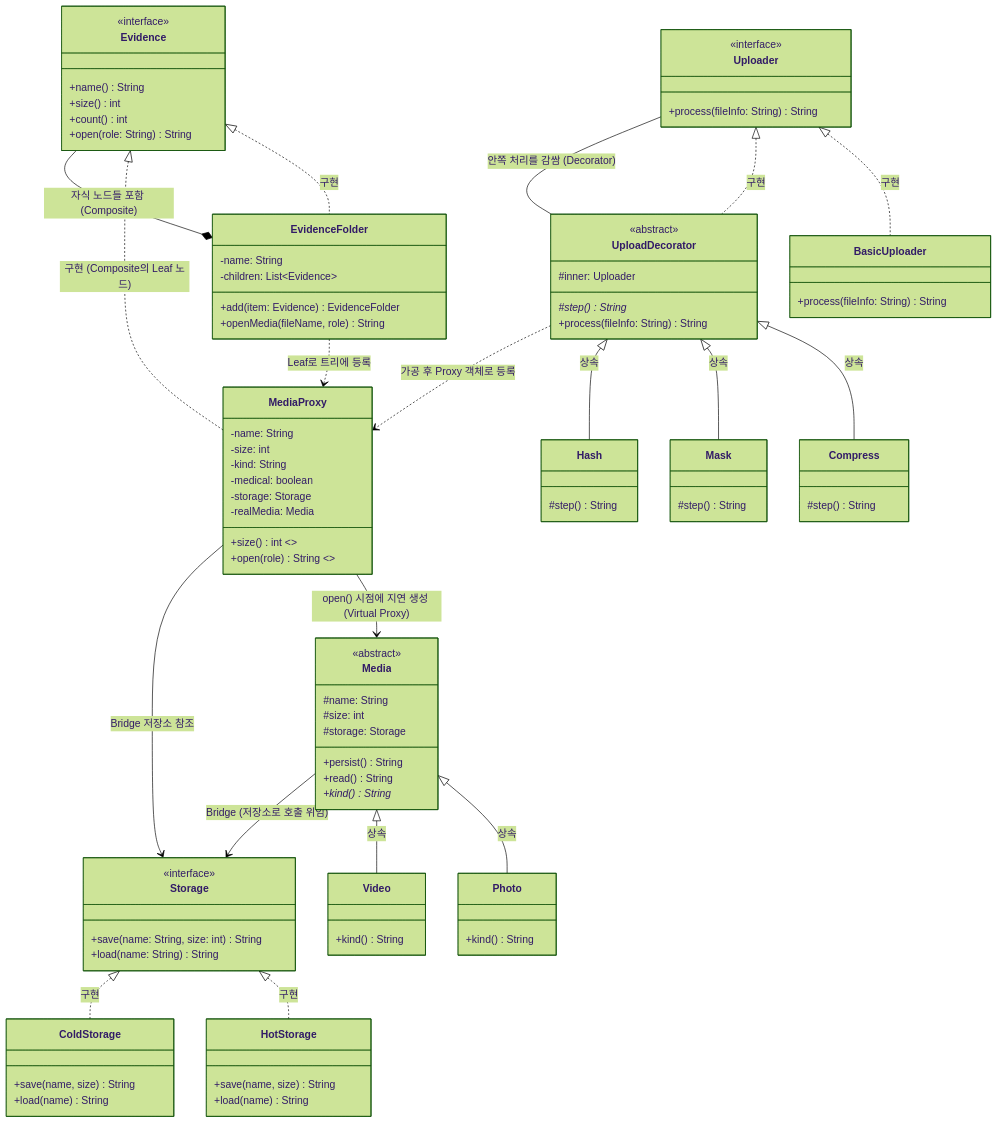
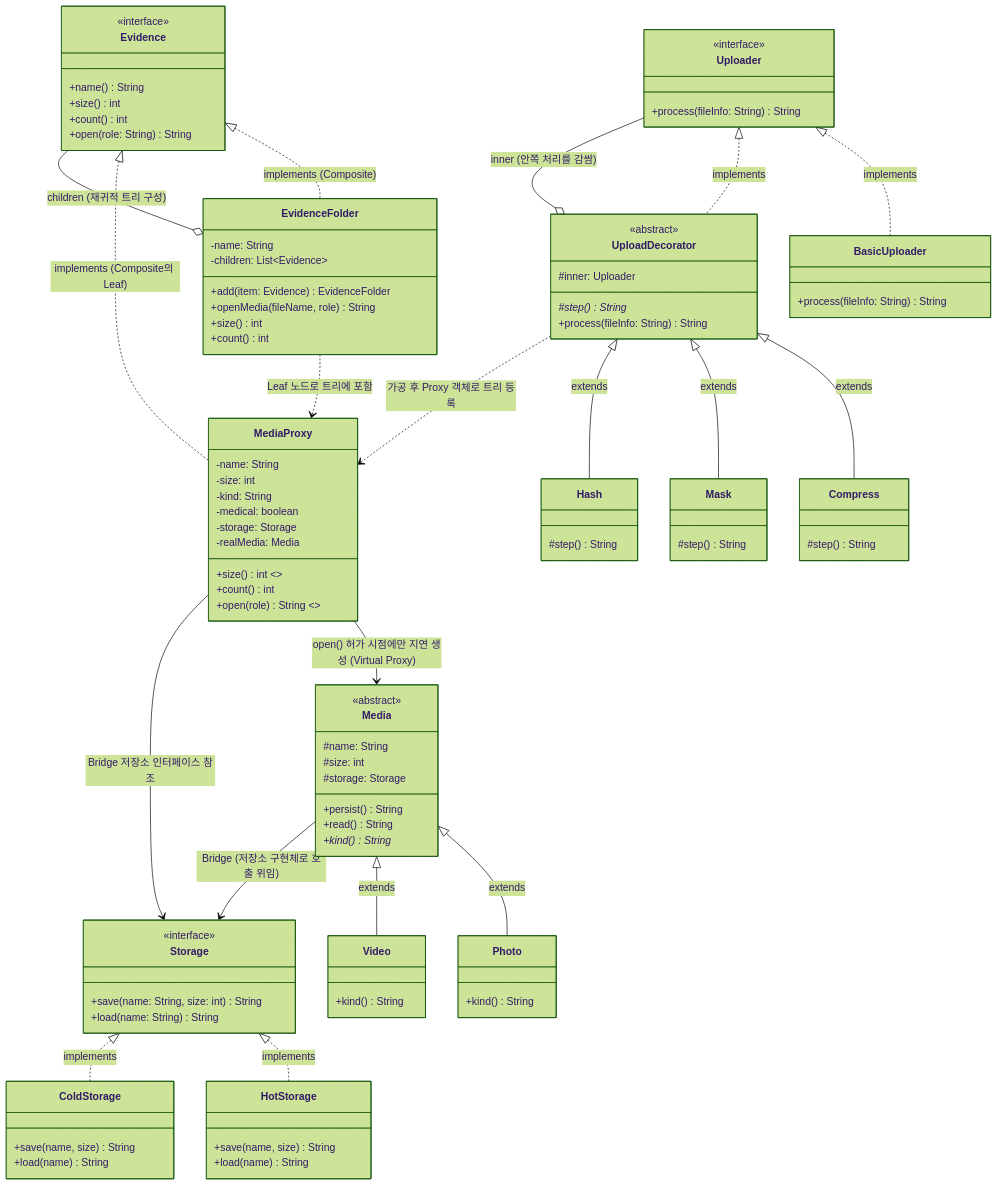
One commit to Data-MaSTeRR/samsung-aa-design-patterns changed the first of 5 diagrams in README.md. Above: the diagram before and after it, drawn with Mermaid (forest theme). The commit also changed other lines of this file and 61 other files, not shown here.

````diff
--- a/README.md
+++ b/README.md
@@ -28,10 +28,12 @@
         -children: List~Evidence~
         +add(item: Evidence) EvidenceFolder
         +openMedia(fileName, role) String
+        +size() int
+        +count() int
     }
 
-    Evidence <|.. EvidenceFolder : 구현
-    EvidenceFolder *-- Evidence : 자식 노드들 포함 (Composite)
+    Evidence <|.. EvidenceFolder : implements (Composite)
+    EvidenceFolder o-- Evidence : children (재귀적 트리 구성)
 
     %% ==========================================
     %% 2. PROXY PATTERN (접근 통제 & 지연 로딩)
@@ -44,13 +46,14 @@
         -storage: Storage
         -realMedia: Media
         +size() int  <<Virtual: 메타데이터만 응답>>
+        +count() int
         +open(role) String  <<Protection + 지연 로드>>
     }
 
-    Evidence <|.. MediaProxy : 구현 (Composite의 Leaf 노드)
-    EvidenceFolder ..> MediaProxy : Leaf로 트리에 등록
-    MediaProxy --> Media : open() 시점에 지연 생성 (Virtual Proxy)
-    MediaProxy --> Storage : Bridge 저장소 참조
+    Evidence <|.. MediaProxy : implements (Composite의 Leaf)
+    EvidenceFolder ..> MediaProxy : Leaf 노드로 트리에 포함
+    MediaProxy --> Media : open() 허가 시점에만 지연 생성 (Virtual Proxy)
+    MediaProxy --> Storage : Bridge 저장소 인터페이스 참조
 
     %% ==========================================
     %% 3. BRIDGE PATTERN (미디어 종류 × 저장소 분리)
@@ -87,11 +90,11 @@
         +load(name) String
     }
 
-    Media <|-- Photo : 상속
-    Media <|-- Video : 상속
-    Media --> Storage : Bridge (저장소로 호출 위임)
-    Storage <|.. HotStorage : 구현
-    Storage <|.. ColdStorage : 구현
+    Media <|-- Photo : extends
+    Media <|-- Video : extends
+    Media --> Storage : Bridge (저장소 구현체로 호출 위임)
+    Storage <|.. HotStorage : implements
+    Storage <|.. ColdStorage : implements
 
     %% ==========================================
     %% 4. DECORATOR PATTERN (전처리 가공 파이프라인)
@@ -122,13 +125,12 @@
         #step() String
     }
 
-    Uploader <|.. BasicUploader : 구현
-    Uploader <|.. UploadDecorator : 구현
-    UploadDecorator -- Uploader : 안쪽 처리를 감쌈 (Decorator)
-    UploadDecorator <|-- Compress : 상속
-    UploadDecorator <|-- Mask : 상속
-    UploadDecorator <|-- Hash : 상속
+    Uploader <|.. BasicUploader : implements
+    Uploader <|.. UploadDecorator : implements
+    UploadDecorator o-- Uploader : inner (안쪽 처리를 감쌈)
+    UploadDecorator <|-- Compress : extends
+    UploadDecorator <|-- Mask : extends
+    UploadDecorator <|-- Hash : extends
 
-    %% 파이프라인과 프록시의 연계
-    UploadDecorator ..> MediaProxy : 가공 후 Proxy 객체로 등록
+    UploadDecorator ..> MediaProxy : 가공 후 Proxy 객체로 트리 등록
 ```
````
